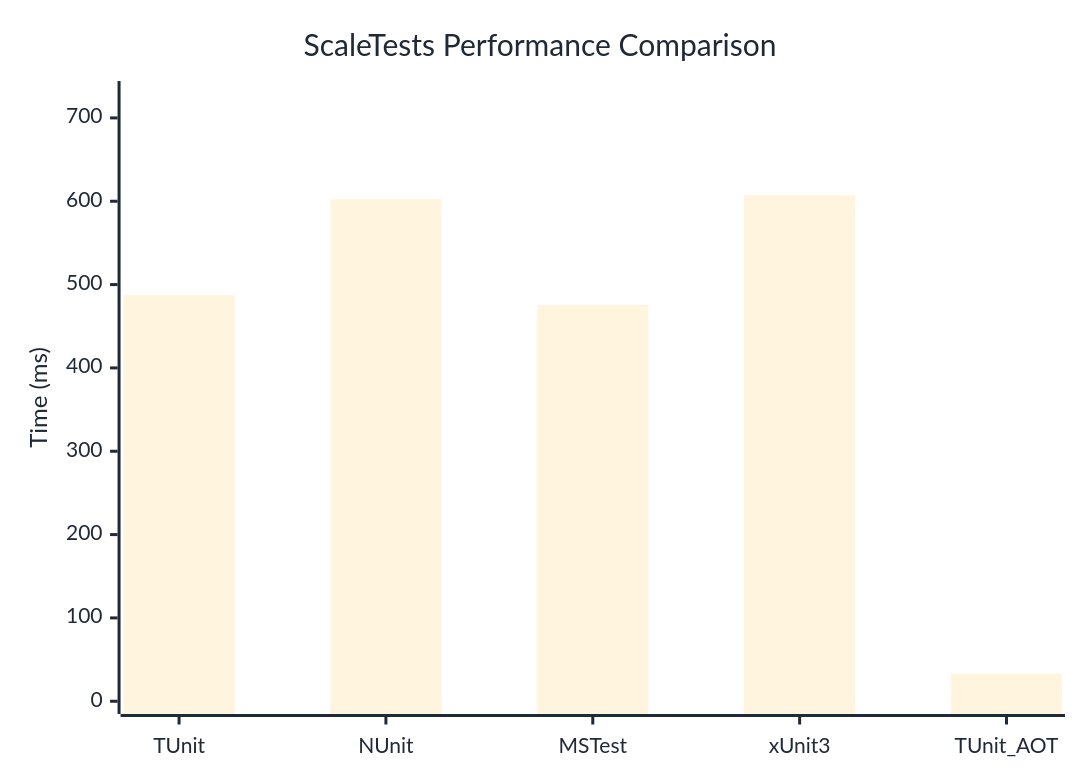
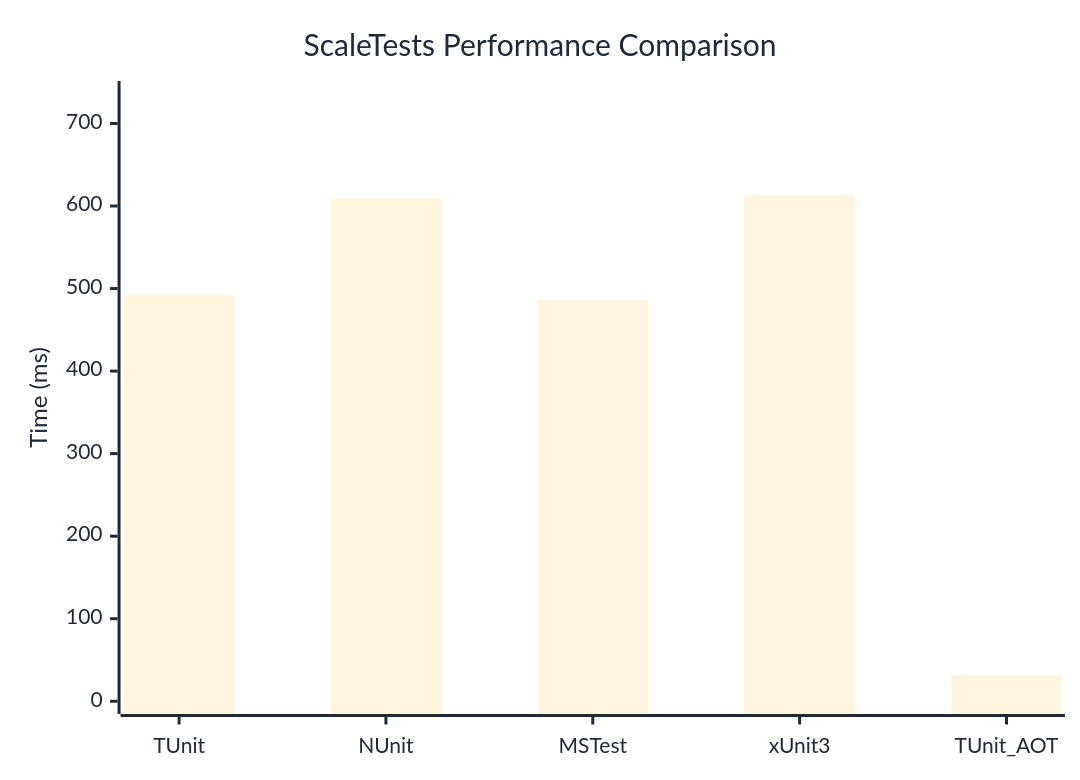
The diagram in docs/docs/benchmarks/ScaleTests.md (thomhurst/TUnit), drawn with Mermaid before and after one commit. The commit also changed other lines of this file and 17 other files, not shown here.

````diff
--- a/docs/docs/benchmarks/ScaleTests.md
+++ b/docs/docs/benchmarks/ScaleTests.md
@@ -27,37 +27,37 @@
 ```mermaid
 %%{init: {
   'theme':'base',
   'themeVariables': {
     'primaryColor': '#2563eb',
     'primaryTextColor': '#1f2937',
     'primaryBorderColor': '#1e40af',
     'lineColor': '#6b7280',
     'secondaryColor': '#7c3aed',
     'tertiaryColor': '#dc2626',
     'background': '#ffffff',
     'mainBkg': '#2563eb',
     'secondBkg': '#7c3aed',
     'tertiaryBkg': '#dc2626',
     'clusterBkg': '#f3f4f6',
     'edgeLabelBackground': '#ffffff',
     'tertiaryTextColor': '#1f2937',
     'pie1': '#2563eb',
     'pie2': '#7c3aed',
     'pie3': '#dc2626',
     'pie4': '#f59e0b',
     'pie5': '#10b981',
     'pie6': '#06b6d4',
     'pie7': '#ec4899',
     'pie8': '#6366f1',
     'pie9': '#84cc16',
     'pie10': '#f97316',
     'pie11': '#14b8a6',
     'pie12': '#a855f7'
   }
 }}%%
 xychart-beta
   title "ScaleTests Performance Comparison"
   x-axis ["TUnit", "NUnit", "MSTest", "xUnit3", "TUnit_AOT"]
-  y-axis "Time (ms)" 0 --> 729
-  bar [487.56, 602.6, 475.49, 607.33, 32.98]
+  y-axis "Time (ms)" 0 --> 736
+  bar [491.77, 608.71, 486.46, 613.03, 31.84]
 ```
````
